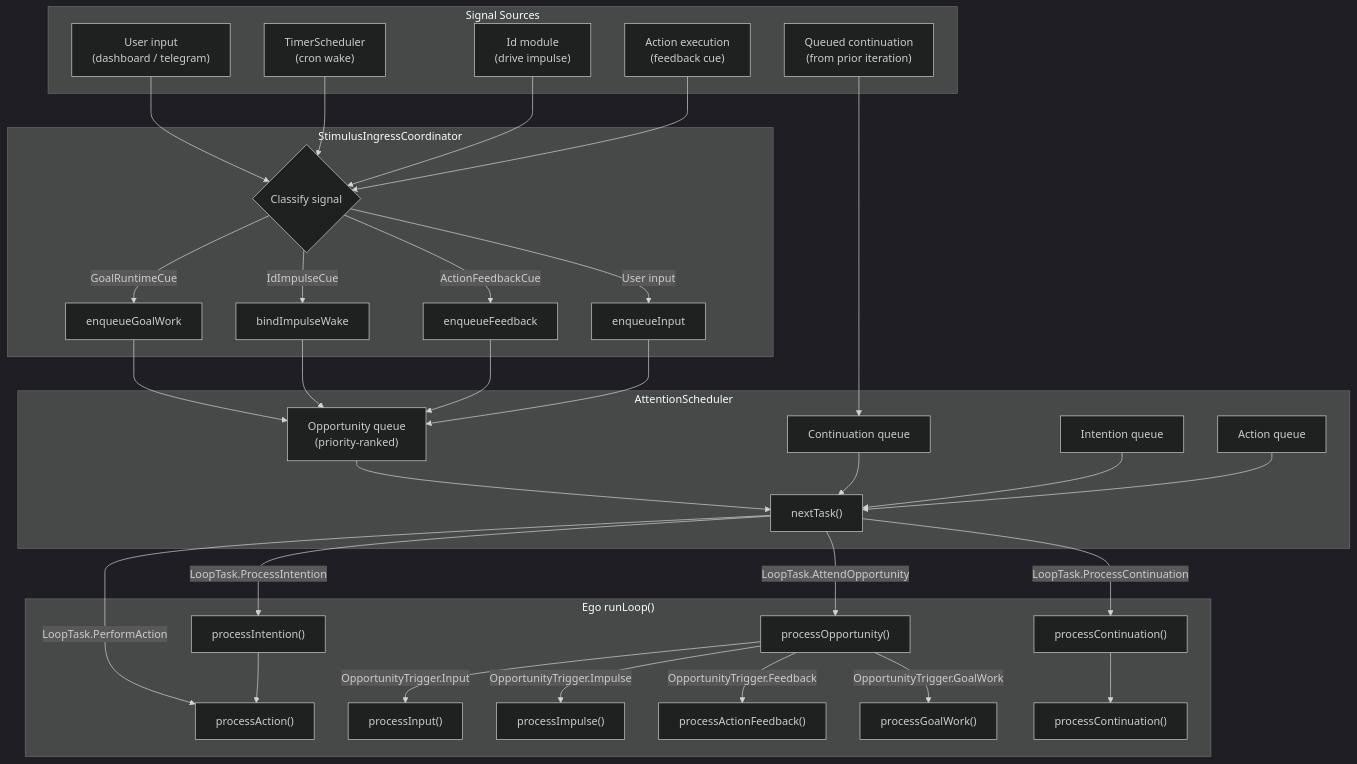
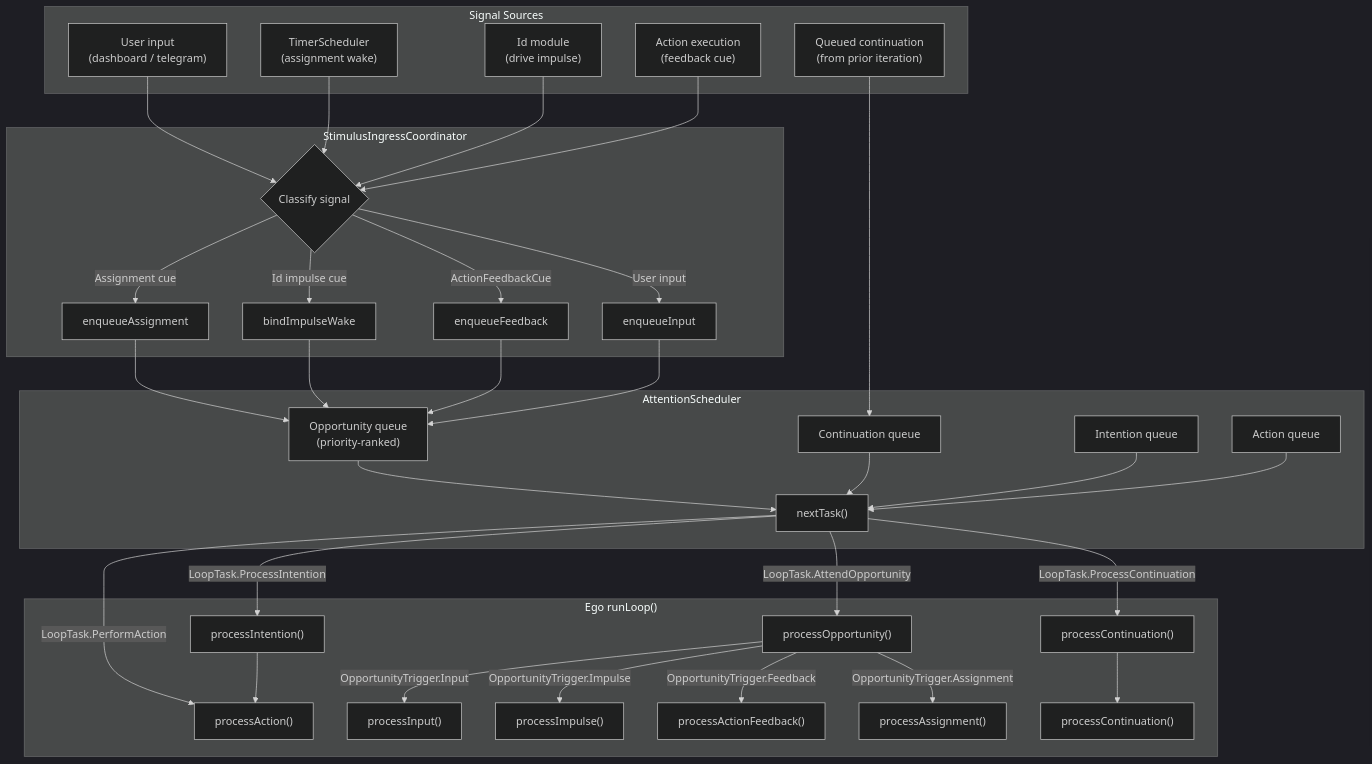
One commit to neopsyke/NeoPsyke changed the first of 5 diagrams in docs/PLANNER_FLOW_DIAGRAM.md. Above: the diagram before and after it, drawn with Mermaid (dark theme). The commit also changed other lines of this file and 231 other files, not shown here.

Commit message:
refactor(planner)!: rename durable work and goal surfaces to assignment

````diff
--- a/docs/PLANNER_FLOW_DIAGRAM.md
+++ b/docs/PLANNER_FLOW_DIAGRAM.md
@@ -13,57 +16,57 @@
 ```mermaid
 flowchart TB
     subgraph sources ["Signal Sources"]
         user["User input<br/>(dashboard / telegram)"]
-        timer["TimerScheduler<br/>(cron wake)"]
+        timer["TimerScheduler<br/>(assignment wake)"]
         id_mod["Id module<br/>(drive impulse)"]
         action_fb["Action execution<br/>(feedback cue)"]
         deferred["Queued continuation<br/>(from prior iteration)"]
     end
 
     subgraph ingress ["StimulusIngressCoordinator"]
         classify{"Classify signal"}
-        classify -->|GoalRuntimeCue| enq_goal["enqueueGoalWork"]
-        classify -->|IdImpulseCue| enq_impulse["bindImpulseWake"]
+        classify -->|Assignment cue| enq_assignment["enqueueAssignment"]
+        classify -->|Id impulse cue| enq_impulse["bindImpulseWake"]
         classify -->|ActionFeedbackCue| enq_feedback["enqueueFeedback"]
         classify -->|User input| enq_input["enqueueInput"]
     end
 
     subgraph scheduler ["AttentionScheduler"]
         opp_q["Opportunity queue<br/>(priority-ranked)"]
         cont_q["Continuation queue"]
         int_q["Intention queue"]
         act_q["Action queue"]
         opp_q & cont_q & int_q & act_q --> next["nextTask()"]
     end
 
     user --> classify
     timer --> classify
     id_mod --> classify
     action_fb --> classify
 
-    enq_goal --> opp_q
+    enq_assignment --> opp_q
     enq_impulse --> opp_q
     enq_feedback --> opp_q
     enq_input --> opp_q
     deferred --> cont_q
 
     next -->|"LoopTask.AttendOpportunity"| ego_opp
     next -->|"LoopTask.ProcessContinuation"| ego_cont
     next -->|"LoopTask.ProcessIntention"| ego_int
     next -->|"LoopTask.PerformAction"| ego_act
 
     subgraph ego ["Ego runLoop()"]
         ego_opp["processOpportunity()"]
         ego_cont["processContinuation()"]
         ego_int["processIntention()"]
         ego_act["processAction()"]
 
         ego_opp -->|"OpportunityTrigger.Input"| proc_input["processInput()"]
         ego_opp -->|"OpportunityTrigger.Impulse"| proc_impulse["processImpulse()"]
         ego_opp -->|"OpportunityTrigger.Feedback"| proc_feedback["processActionFeedback()"]
-        ego_opp -->|"OpportunityTrigger.GoalWork"| proc_goal["processGoalWork()"]
+        ego_opp -->|"OpportunityTrigger.Assignment"| proc_assignment["processAssignment()"]
 
         ego_cont --> proc_deferred["processContinuation()"]
         ego_int --> ego_act
     end
 ```
````
